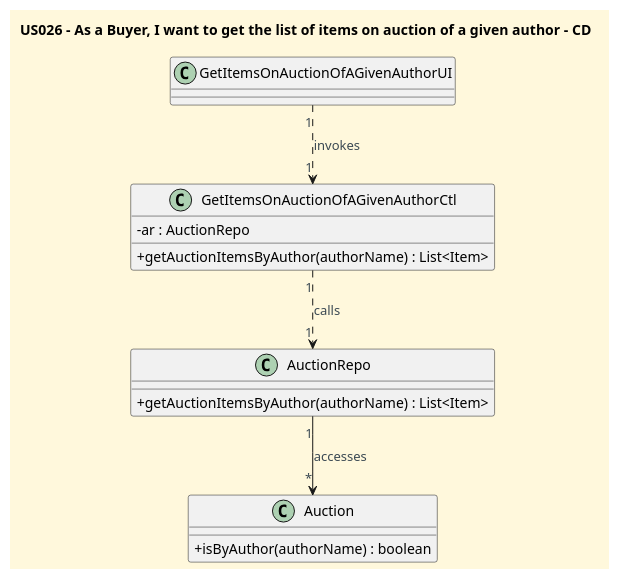
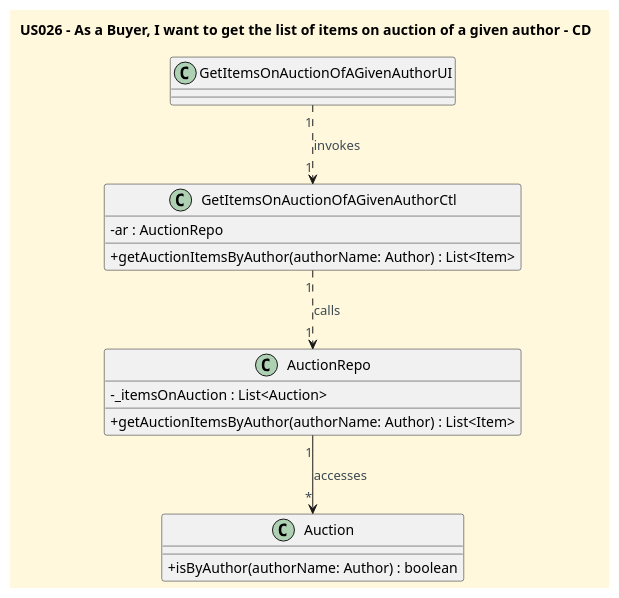
Before and after one commit to CarolinaLeite-collab/JavaMarketplacePlatform: the diagram in docs/userStories/US026/US026_get_list_of_items_on_auction_of_given_author_CD.puml, drawn with PlantUML. The commit also changed 2 other files, not shown here.

```diff
--- a/docs/userStories/US026/US026_get_list_of_items_on_auction_of_given_author_CD.puml
+++ b/docs/userStories/US026/US026_get_list_of_items_on_auction_of_given_author_CD.puml
@@ -1,39 +1,40 @@
 @startuml
 'https://plantuml.com/class-diagram
 title US026 - As a Buyer, I want to get the list of items on auction of a given author - CD
 
 '==== basic style ====
 skinparam monochrome false
 skinparam shadowing false
 skinparam defaultFontName Futura
 skinparam objectFontSize 20
 skinparam backgroundColor CornSilk
 skinparam objectBackgroundColor WhiteSmoke
 skinparam noteBackgroundColor #FFFFE0
 skinparam ArrowFontColor #3B4953
 skinparam ActivationBackgroundColor black
 skinparam classAttributeIconSize 0
 
 
 class GetItemsOnAuctionOfAGivenAuthorUI {
 
 }
 
 class GetItemsOnAuctionOfAGivenAuthorCtl {
 - ar : AuctionRepo
-+ getAuctionItemsByAuthor(authorName) : List<Item>
++ getAuctionItemsByAuthor(authorName: Author) : List<Item>
 }
 
 class AuctionRepo {
-+ getAuctionItemsByAuthor(authorName) : List<Item>
+- _itemsOnAuction : List<Auction>
++ getAuctionItemsByAuthor(authorName: Author) : List<Item>
 }
 
 class Auction {
-+ isByAuthor(authorName) : boolean
++ isByAuthor(authorName: Author) : boolean
 }
 
 GetItemsOnAuctionOfAGivenAuthorUI "1" ..> "1" GetItemsOnAuctionOfAGivenAuthorCtl : invokes
 GetItemsOnAuctionOfAGivenAuthorCtl "1" ..> "1" AuctionRepo : calls
 AuctionRepo "1" --> "*" Auction : accesses
 
 @enduml
```
